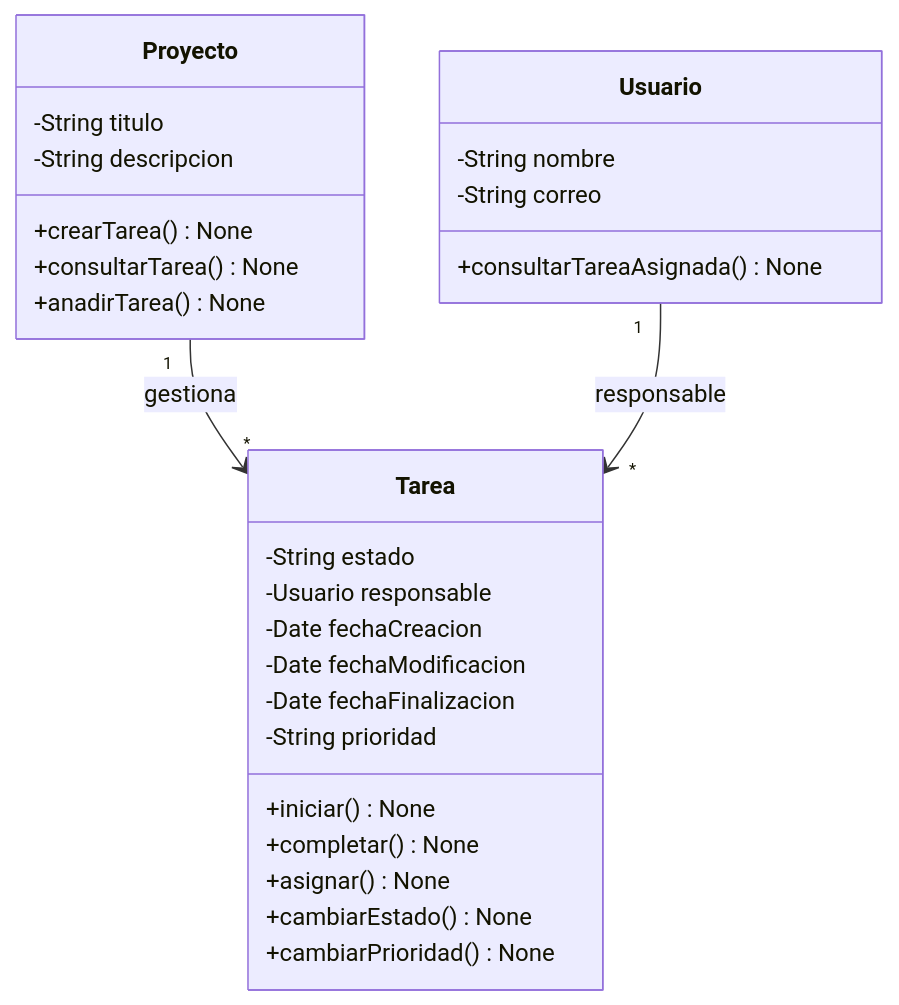
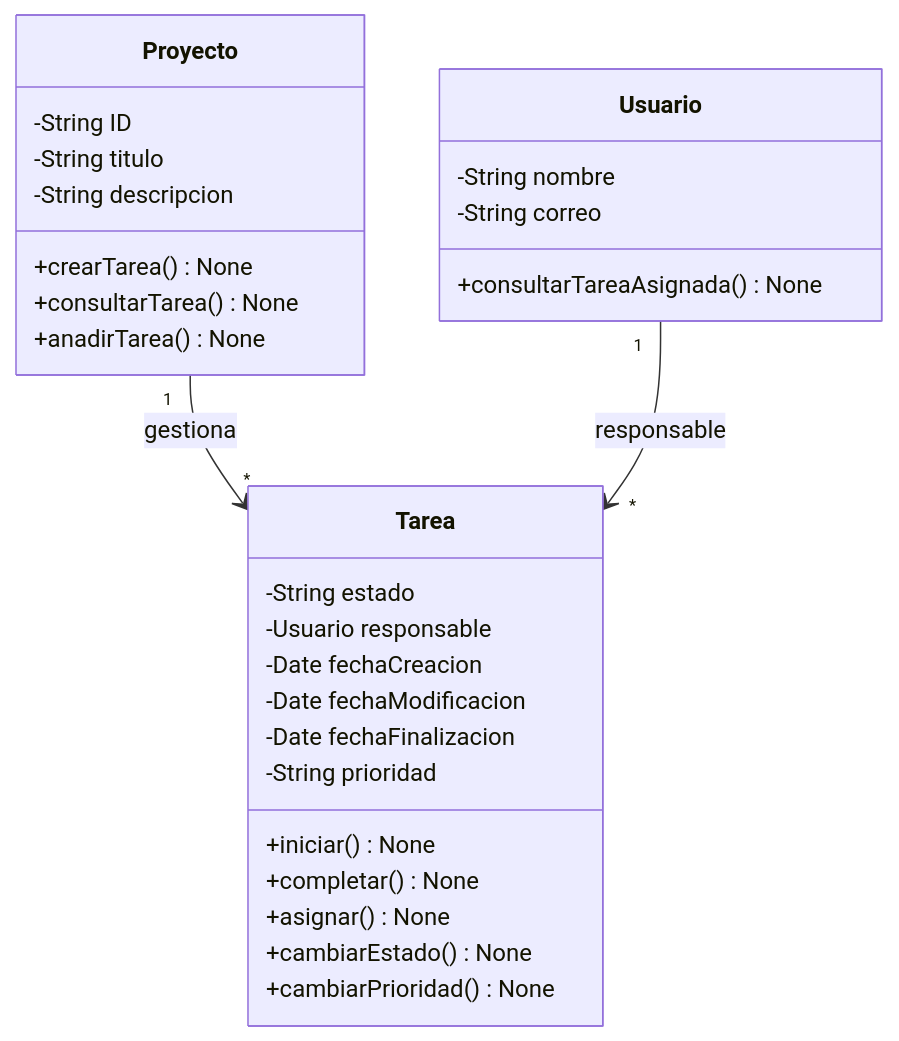
The diagram in POO/taskflow/Plantilla.md (Estresban/Python), drawn with Mermaid before and after one commit. The commit also changed other lines of this file, not shown here.

````diff
--- a/POO/taskflow/Plantilla.md
+++ b/POO/taskflow/Plantilla.md
@@ -212,33 +224,34 @@
 ```mermaid
 classDiagram
     class Proyecto {
+        -String ID
         -String titulo
         -String descripcion
         +crearTarea() None
         +consultarTarea() None
         +anadirTarea() None
     }
 
     class Tarea {
         -String estado
         -Usuario responsable
         -Date fechaCreacion
         -Date fechaModificacion
         -Date fechaFinalizacion
         -String prioridad
         +iniciar() None
         +completar() None
         +asignar() None
         +cambiarEstado() None
         +cambiarPrioridad() None
     }
 
     class Usuario {
         -String nombre
         -String correo
         +consultarTareaAsignada() None
     }
 
     Proyecto "1" --> "*" Tarea : gestiona
     Usuario "1" --> "*" Tarea : responsable
 ```
````
